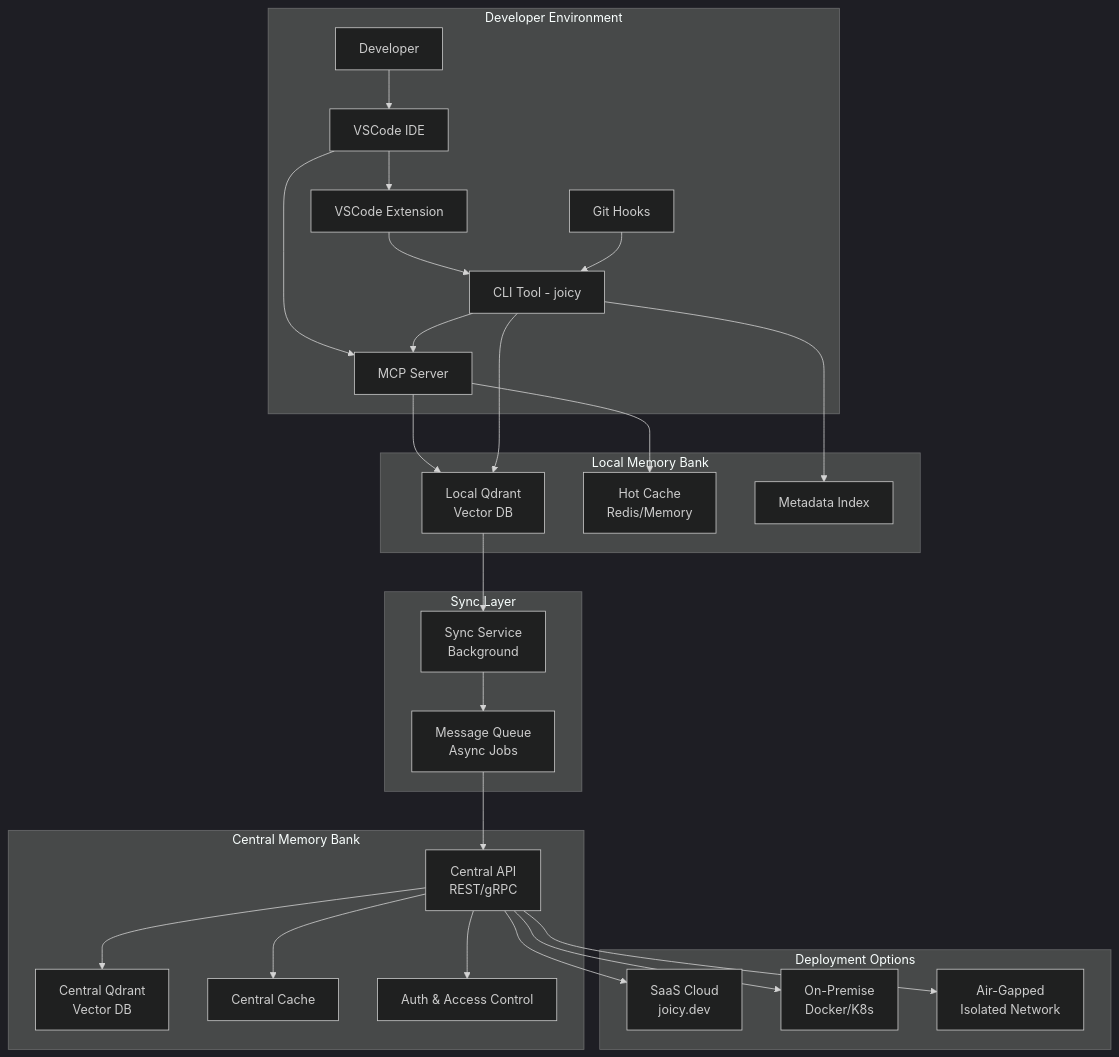
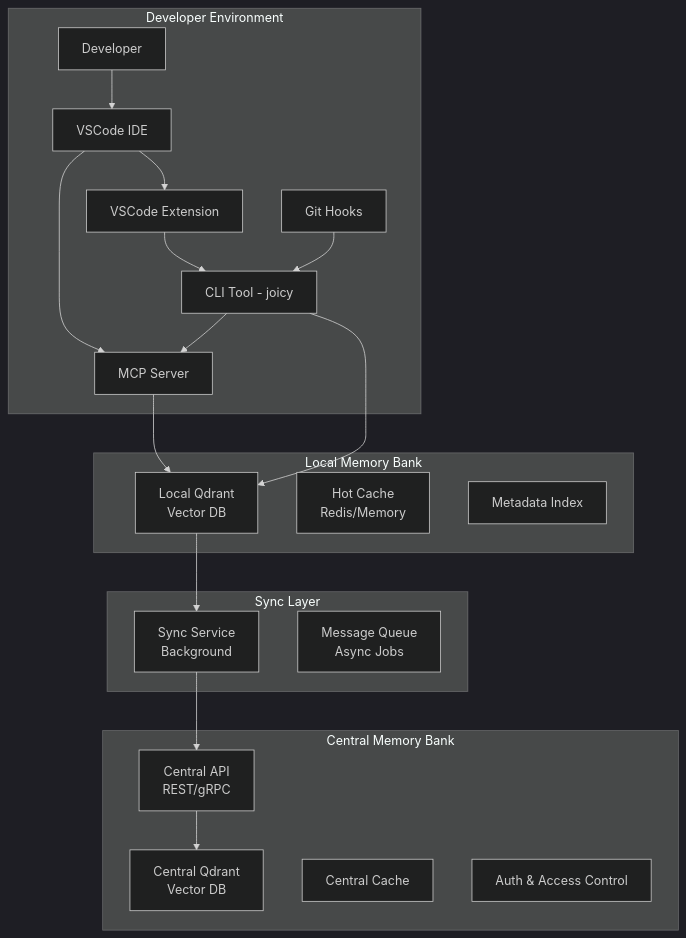
One commit to DmarshalTU/Joicy changed the diagram in README.md. Above: the diagram before and after it, drawn with Mermaid (dark theme). The commit also changed other lines of this file and 2 other files, not shown here.

````diff
--- a/README.md
+++ b/README.md
@@ -25,57 +190,42 @@
 ```mermaid
 graph TB
     subgraph "Developer Environment"
         DEV[Developer]
         VSC[VSCode IDE]
         EXT[VSCode Extension]
         CLI[CLI Tool - joicy]
         MCP[MCP Server]
         GIT[Git Hooks]
     end
 
     subgraph "Local Memory Bank"
         LOCAL_Q[Local Qdrant<br/>Vector DB]
         LOCAL_CACHE[Hot Cache<br/>Redis/Memory]
         LOCAL_INDEX[Metadata Index]
     end
 
     subgraph "Sync Layer"
         SYNC[Sync Service<br/>Background]
         QUEUE[Message Queue<br/>Async Jobs]
     end
 
     subgraph "Central Memory Bank"
         CENTRAL_API[Central API<br/>REST/gRPC]
         CENTRAL_Q[Central Qdrant<br/>Vector DB]
         CENTRAL_CACHE[Central Cache]
         AUTH[Auth & Access Control]
     end
 
-    subgraph "Deployment Options"
-        SAAS[SaaS Cloud<br/>joicy.dev]
-        ONSITE[On-Premise<br/>Docker/K8s]
-        AIRGAP[Air-Gapped<br/>Isolated Network]
-    end
-
     DEV --> VSC
     VSC --> EXT
     VSC --> MCP
     EXT --> CLI
     CLI --> MCP
     MCP --> LOCAL_Q
-    MCP --> LOCAL_CACHE
     GIT --> CLI
     CLI --> LOCAL_Q
-    CLI --> LOCAL_INDEX
     
     LOCAL_Q --> SYNC
-    SYNC --> QUEUE
-    QUEUE --> CENTRAL_API
-    CENTRAL_API --> AUTH
+    SYNC --> CENTRAL_API
     CENTRAL_API --> CENTRAL_Q
-    CENTRAL_API --> CENTRAL_CACHE
-    
-    CENTRAL_API --> SAAS
-    CENTRAL_API --> ONSITE
-    CENTRAL_API --> AIRGAP
 ```
````
